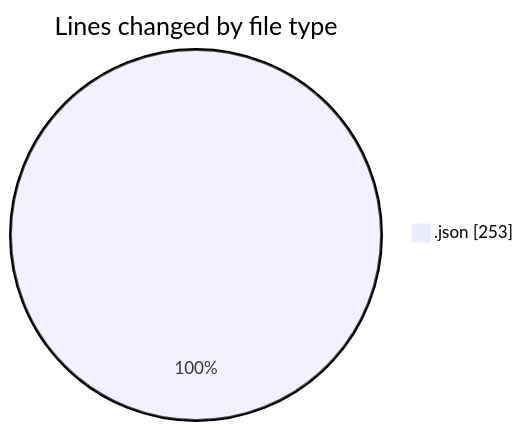
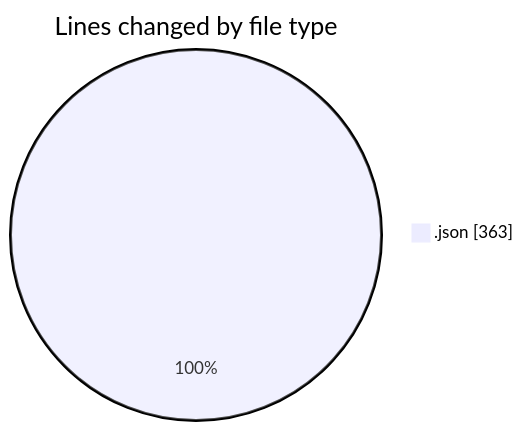
The first of 2 diagrams in 2026-09-05/mono-test/README.md (yexinjia/code-tracking), drawn with Mermaid before and after one commit. The commit also changed other lines of this file and 1 other file, not shown here.

````diff
--- a/2026-09-05/mono-test/README.md
+++ b/2026-09-05/mono-test/README.md
@@ -20,5 +20,5 @@
 ```mermaid
 pie showData
 title Lines changed by file type
-".json" : 253
+".json" : 363
 ```
````
